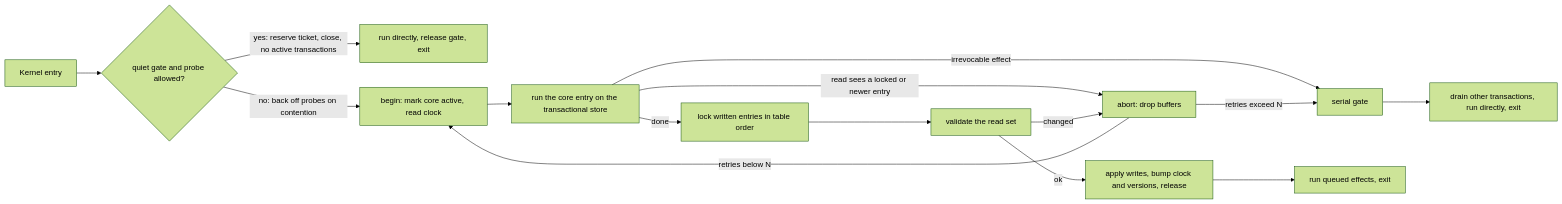
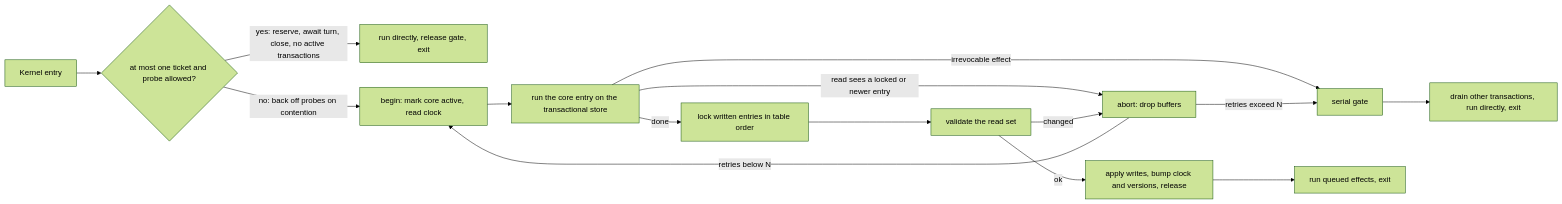
Before and after one commit to CommaBot/FL4: the diagram in DESIGN.md, drawn with Mermaid (forest theme). The commit also changed other lines of this file and 2 other files, not shown here.

Commit message:
Reduce Linux SMP false conflicts and short-entry gate churn

````diff
--- a/DESIGN.md
+++ b/DESIGN.md
@@ -291,17 +291,17 @@
 ``` mermaid
 flowchart LR
-  E[Kernel entry] --> P{quiet gate and probe allowed?}
-  P -->|yes: reserve ticket, close, no active transactions| Q[run directly, release gate, exit]
+  E[Kernel entry] --> P{at most one ticket and probe allowed?}
+  P -->|yes: reserve, await turn, close, no active transactions| Q[run directly, release gate, exit]
   P -->|no: back off probes on contention| B[begin: mark core active, read clock]
   B --> R[run the core entry on the transactional store]
   R -->|read sees a locked or newer entry| A[abort: drop buffers]
   R -->|irrevocable effect| S[serial gate]
   R -->|done| C[lock written entries in table order]
   C --> V[validate the read set]
   V -->|changed| A
   V -->|ok| W[apply writes, bump clock and versions, release]
   W --> F[run queued effects, exit]
   A -->|retries below N| B
   A -->|retries exceed N| S
   S --> D[drain other transactions, run directly, exit]
 ```
````
